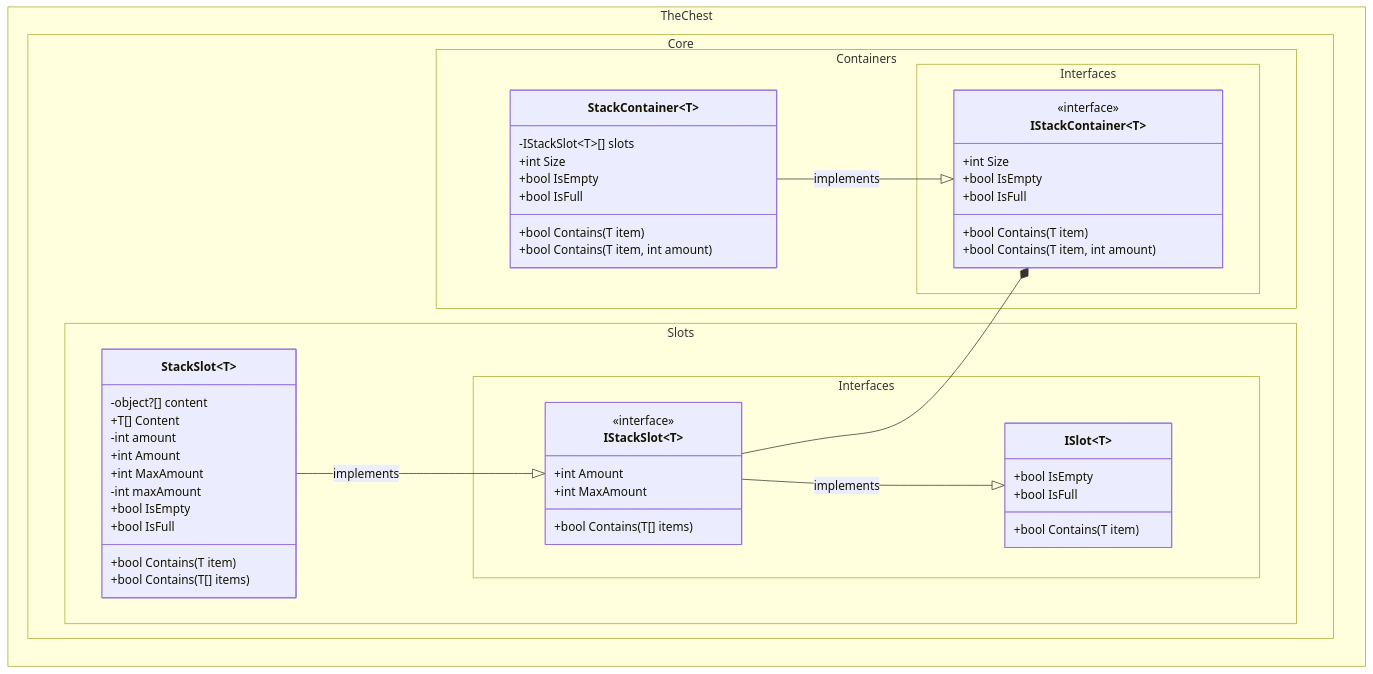
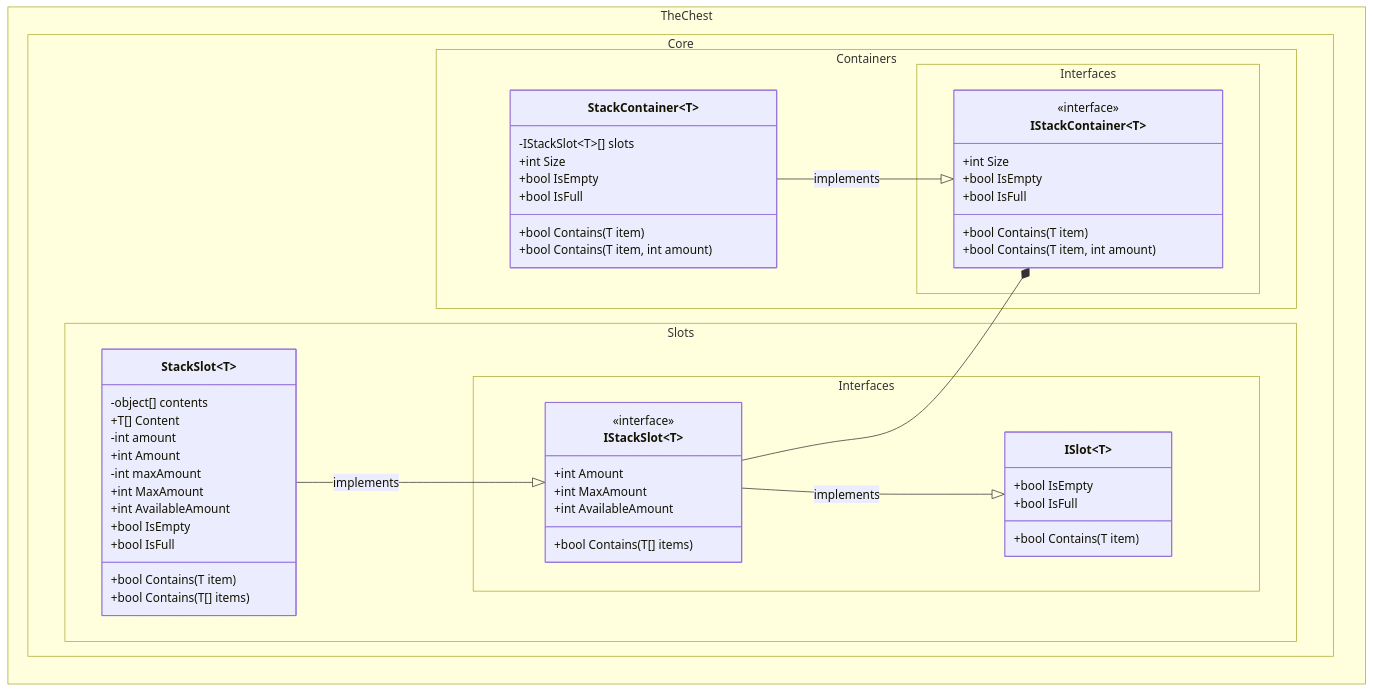
Before and after one commit to The-Chest/TheChest.Core: the second of 3 diagrams in docs/class_diagram.md, drawn with Mermaid. The commit also changed other lines of this file and 7 other files, not shown here.

First line of the commit message:
Adds AvailableAmount to LazyStackSlot and StackSlot

````diff
--- a/docs/class_diagram.md
+++ b/docs/class_diagram.md
@@ -66,65 +66,67 @@
 ```mermaid
 ---
 config:
   theme: mc
   look: classic
   class:
     hideEmptyMembersBox: true
 ---
 classDiagram
 direction BT
 	namespace TheChest.Core.Containers.Interfaces {
 		class IStackContainer~T~ {
 	        +int Size
 	        +bool IsEmpty
 	        +bool IsFull
 	        +bool Contains(T item)
 			+bool Contains(T item, int amount)
         }
 	}
 	namespace TheChest.Core.Slots.Interfaces {
         class ISlot~T~ {
 	        +bool IsEmpty
 	        +bool IsFull
 	        +bool Contains(T item)
         }
         class IStackSlot~T~ {
             +int Amount
             +int MaxAmount
+            +int AvailableAmount
 	        +bool Contains(T[] items)
         }
 	}
 	namespace TheChest.Core.Containers {
 		class StackContainer~T~ {
 			-IStackSlot~T~[] slots
 	        +int Size
 	        +bool IsEmpty
 	        +bool IsFull
 	        +bool Contains(T item)
 			+bool Contains(T item, int amount)
         }
 	}
 
 	namespace TheChest.Core.Slots {
 		class StackSlot~T~{
-			-object?[] content
+			-object[] contents
 			+T[] Content
 			-int amount            
 			+int Amount
+			-int maxAmount
             +int MaxAmount
-			-int maxAmount
+            +int AvailableAmount
 	        +bool IsEmpty
 	        +bool IsFull
 	        +bool Contains(T item)
 	        +bool Contains(T[] items)
 		}
 	}
 
 	<<interface>> IStackContainer
     <<interface>> IStackSlot
 
     StackContainer --|> IStackContainer : implements
     IStackSlot --|> ISlot : implements
     StackSlot --|> IStackSlot : implements
     IStackSlot --* IStackContainer
 ```
````
